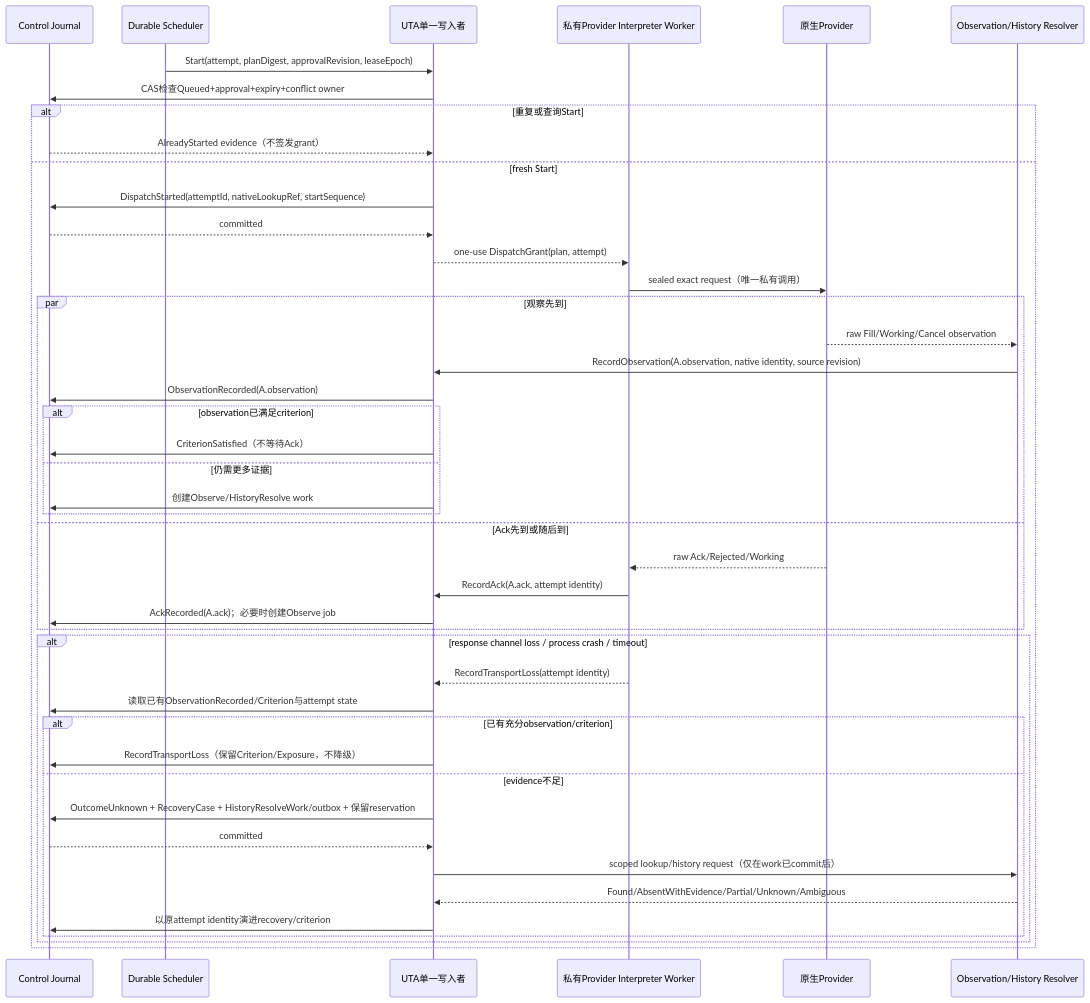
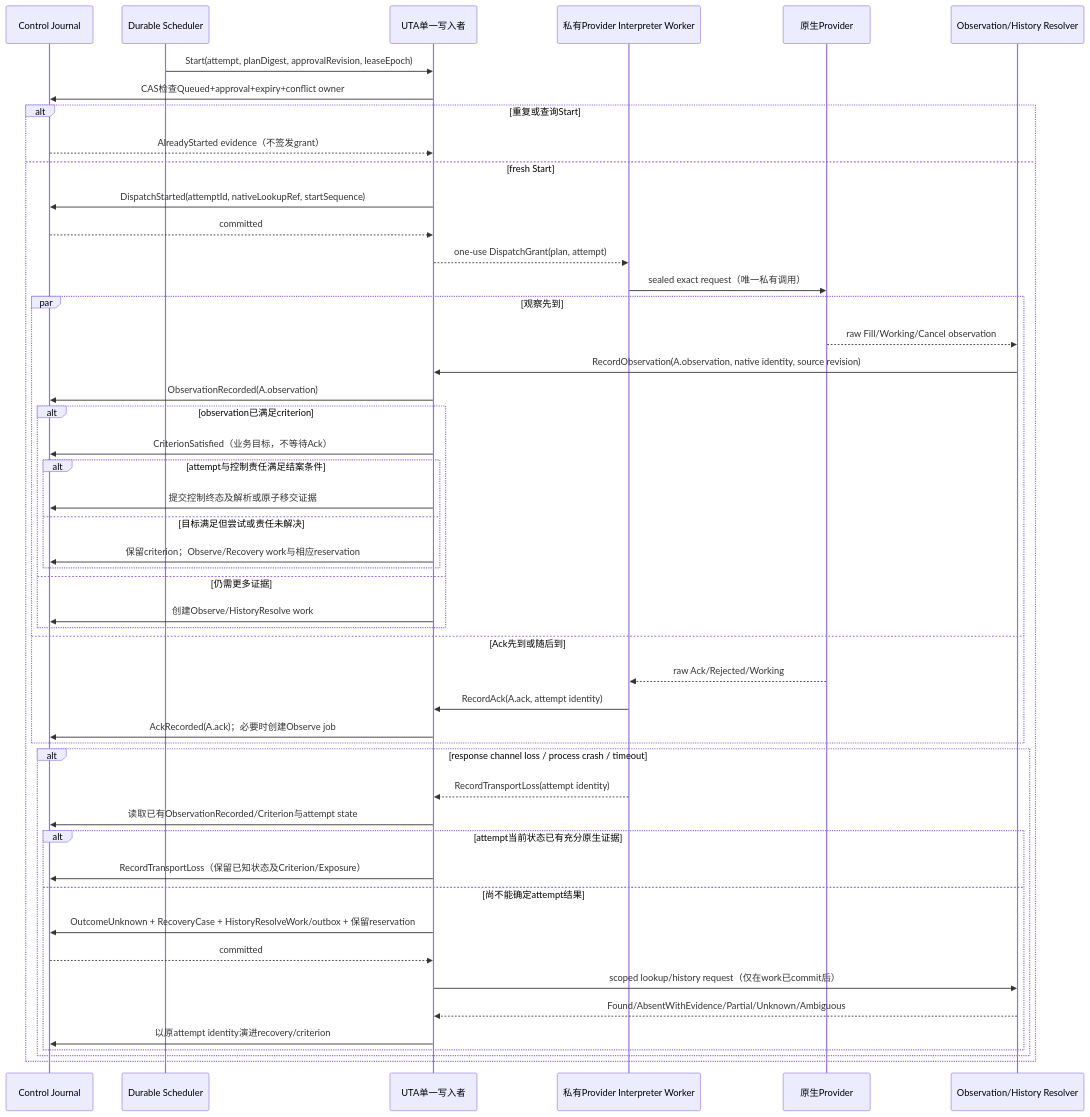
Before and after one commit to mouriya-s-lab/OpenAlice: the eighth of 15 diagrams in docs/uta-capability-runtime-design/event-flows.md, drawn with Mermaid. The commit also changed other lines of this file and 10 other files, not shown here.

````diff
--- a/docs/uta-capability-runtime-design/event-flows.md
+++ b/docs/uta-capability-runtime-design/event-flows.md
@@ -808,47 +836,52 @@
 ```mermaid
 sequenceDiagram
   participant Store as Control Journal
   participant Scheduler as Durable Scheduler
   participant Writer as UTA单一写入者
   participant Worker as 私有Provider Interpreter Worker
   participant Native as 原生Provider
   participant Observer as Observation/History Resolver
 
   Scheduler->>Writer: Start(attempt, planDigest, approvalRevision, leaseEpoch)
   Writer->>Store: CAS检查Queued+approval+expiry+conflict owner
   alt 重复或查询Start
     Store-->>Writer: AlreadyStarted evidence（不签发grant）
   else fresh Start
     Writer->>Store: DispatchStarted(attemptId, nativeLookupRef, startSequence)
     Store-->>Writer: committed
     Writer-->>Worker: one-use DispatchGrant(plan, attempt)
     Worker->>Native: sealed exact request（唯一私有调用）
     par 观察先到
       Native-->>Observer: raw Fill/Working/Cancel observation
       Observer->>Writer: RecordObservation(A.observation, native identity, source revision)
       Writer->>Store: ObservationRecorded(A.observation)
       alt observation已满足criterion
-        Writer->>Store: CriterionSatisfied（不等待Ack）
+        Writer->>Store: CriterionSatisfied（业务目标，不等待Ack）
+        alt attempt与控制责任满足结案条件
+          Writer->>Store: 提交控制终态及解析或原子移交证据
+        else 目标满足但尝试或责任未解决
+          Writer->>Store: 保留criterion；Observe/Recovery work与相应reservation
+        end
       else 仍需更多证据
         Writer->>Store: 创建Observe/HistoryResolve work
       end
     and Ack先到或随后到
       Native-->>Worker: raw Ack/Rejected/Working
       Worker->>Writer: RecordAck(A.ack, attempt identity)
       Writer->>Store: AckRecorded(A.ack)；必要时创建Observe job
     end
     alt response channel loss / process crash / timeout
       Worker-->>Writer: RecordTransportLoss(attempt identity)
       Writer->>Store: 读取已有ObservationRecorded/Criterion与attempt state
-      alt 已有充分observation/criterion
-        Writer->>Store: RecordTransportLoss（保留Criterion/Exposure，不降级）
-      else evidence不足
+      alt attempt当前状态已有充分原生证据
+        Writer->>Store: RecordTransportLoss（保留已知状态及Criterion/Exposure）
+      else 尚不能确定attempt结果
         Writer->>Store: OutcomeUnknown + RecoveryCase + HistoryResolveWork/outbox + 保留reservation
         Store-->>Writer: committed
         Writer->>Observer: scoped lookup/history request（仅在work已commit后）
         Observer-->>Writer: Found/AbsentWithEvidence/Partial/Unknown/Ambiguous
         Writer->>Store: 以原attempt identity演进recovery/criterion
       end
     end
   end
 ```
````
